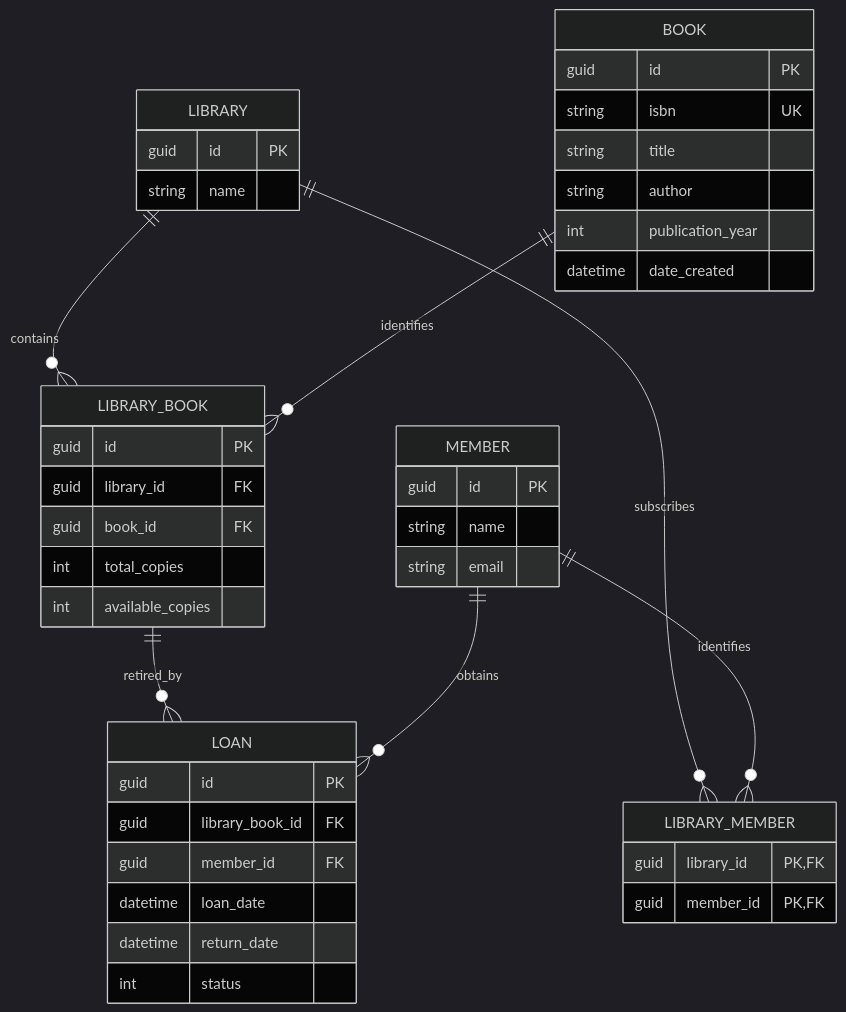
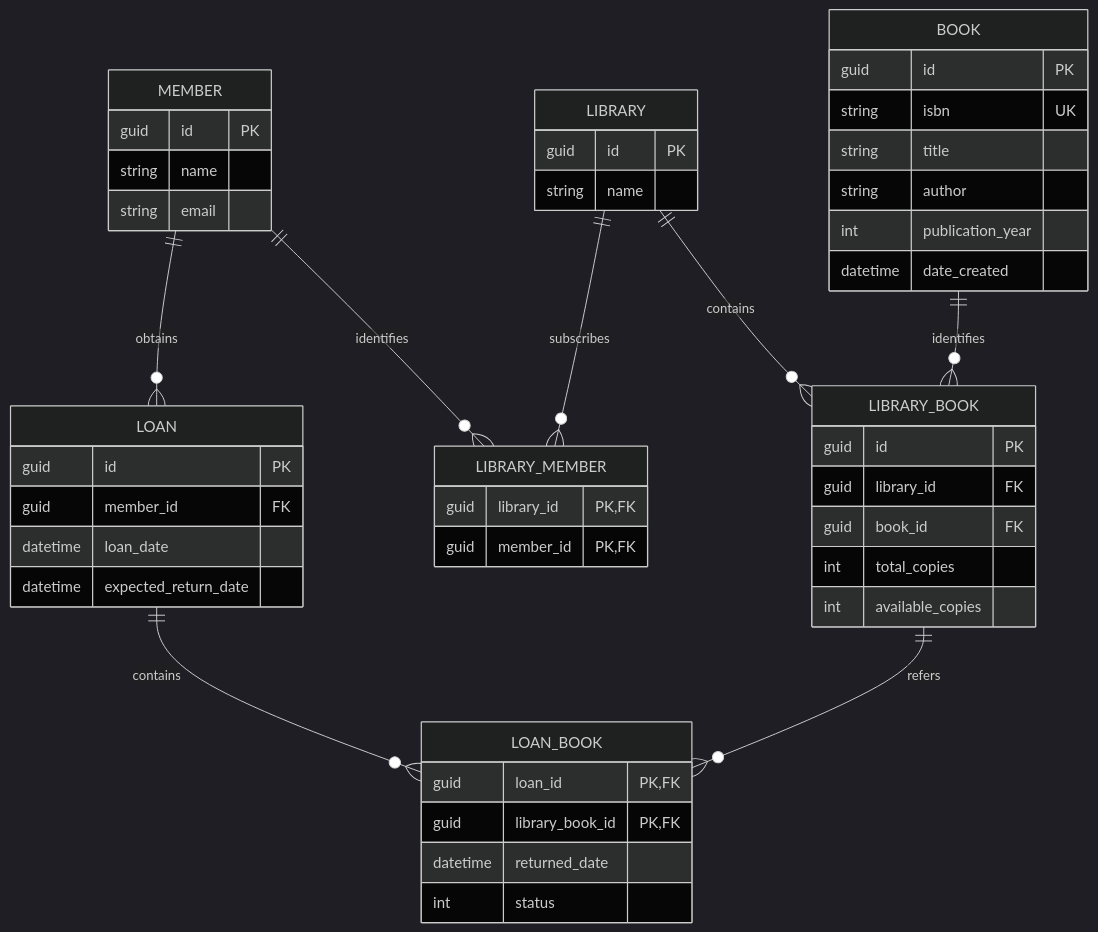
Before and after one commit to VSRP97/PruebaTecnicaJikkosoft: the second of 2 diagrams in README.md, drawn with Mermaid (dark theme).

Commit message:
Nueva entidad definida en el diagrama del desarrollo 3

````diff
--- a/README.md
+++ b/README.md
@@ -170,46 +170,51 @@
 ```mermaid
 erDiagram
     direction TB
     l[LIBRARY]{
         guid id PK
         string name
     }
     m[MEMBER]{
         guid id PK
         string name
         string email
     }
     lm[LIBRARY_MEMBER]{
         guid library_id PK, FK
         guid member_id PK, FK
     }
     b[BOOK]{
         guid id PK
         string isbn UK
         string title
         string author
         int publication_year
         datetime date_created
     }
     lb[LIBRARY_BOOK]{
         guid id PK
         guid library_id FK
         guid book_id FK
         int total_copies
         int available_copies
     }
     ln[LOAN]{
         guid id PK
-        guid library_book_id FK
         guid member_id FK
         datetime loan_date
-        datetime return_date
+        datetime expected_return_date
+    }
+    lbo[LOAN_BOOK]{
+        guid loan_id PK, FK
+        guid library_book_id PK, FK
+        datetime returned_date
         int status
     }
     l ||--}o lb : contains
     b ||--}o lb : identifies
     l ||--}o lm : subscribes
-    m ||--}o lm : identifies
-    lb ||--}o ln : retired_by
-    m ||--}o ln : obtains
+    m ||--}o lm : identifies    
+    m ||--}o ln : obtains    
+    lb ||--}o lbo : refers
+    ln ||--}o lbo : contains
 ```
````
